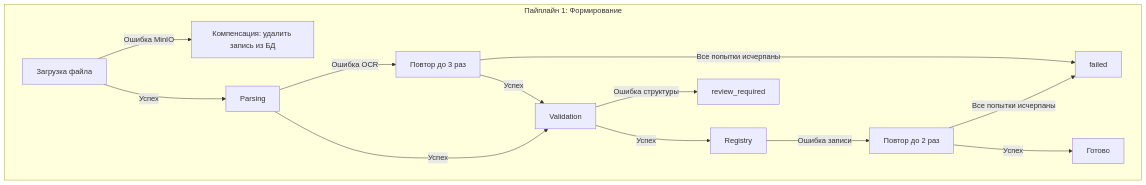
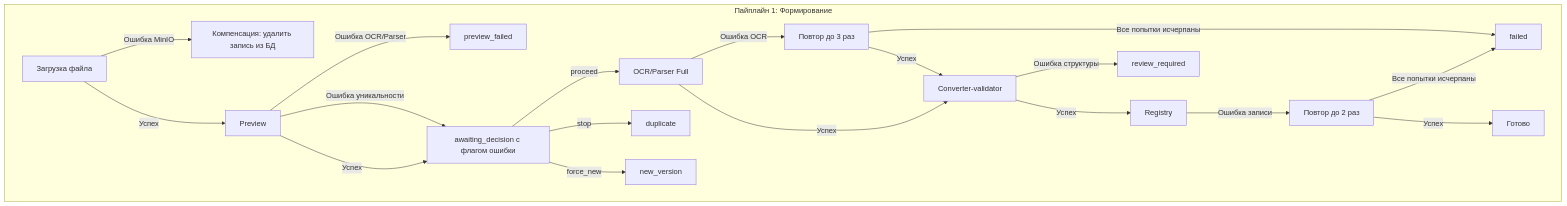
One commit to MasterKSAF/PKB changed the third of 3 diagrams in docs/pipelines/pipeline1-formation.md. Above: the diagram before and after it, drawn with Mermaid. The commit also changed other lines of this file and 23 other files, not shown here.

````diff
--- a/docs/pipelines/pipeline1-formation.md
+++ b/docs/pipelines/pipeline1-formation.md
@@ -260,16 +294,22 @@
 ```mermaid
 graph TD
     subgraph "Пайплайн 1: Формирование"
         Upload[Загрузка файла] -->|Ошибка MinIO| Comp1[Компенсация: удалить запись из БД]
-        Upload -->|Успех| Pars[Parsing]
+        Upload -->|Успех| Prev[Preview]
+        Prev -->|Ошибка OCR/Parser| PrevFail[preview_failed]
+        Prev -->|Ошибка уникальности| AwaitDec[awaiting_decision с флагом ошибки]
+        Prev -->|Успех| AwaitDec
+        AwaitDec -->|proceed| Pars[OCR/Parser Full]
+        AwaitDec -->|stop| Dup[duplicate]
+        AwaitDec -->|force_new| NewVer[new_version]
         Pars -->|Ошибка OCR| Retry1[Повтор до 3 раз]
-        Retry1 -->|Все попытки исчерпаны| Fail1[failed]
-        Retry1 -->|Успех| Val[Validation]
+        Retry1 -->|Все попытки исчерпаны| Fail[failed]
+        Retry1 -->|Успех| Val[Converter-validator]
         Pars -->|Успех| Val
         Val -->|Ошибка структуры| Review[review_required]
         Val -->|Успех| Reg[Registry]
         Reg -->|Ошибка записи| Retry2[Повтор до 2 раз]
-        Retry2 -->|Все попытки исчерпаны| Fail1
+        Retry2 -->|Все попытки исчерпаны| Fail
         Retry2 -->|Успех| Done[Готово]
     end
 ```
````
